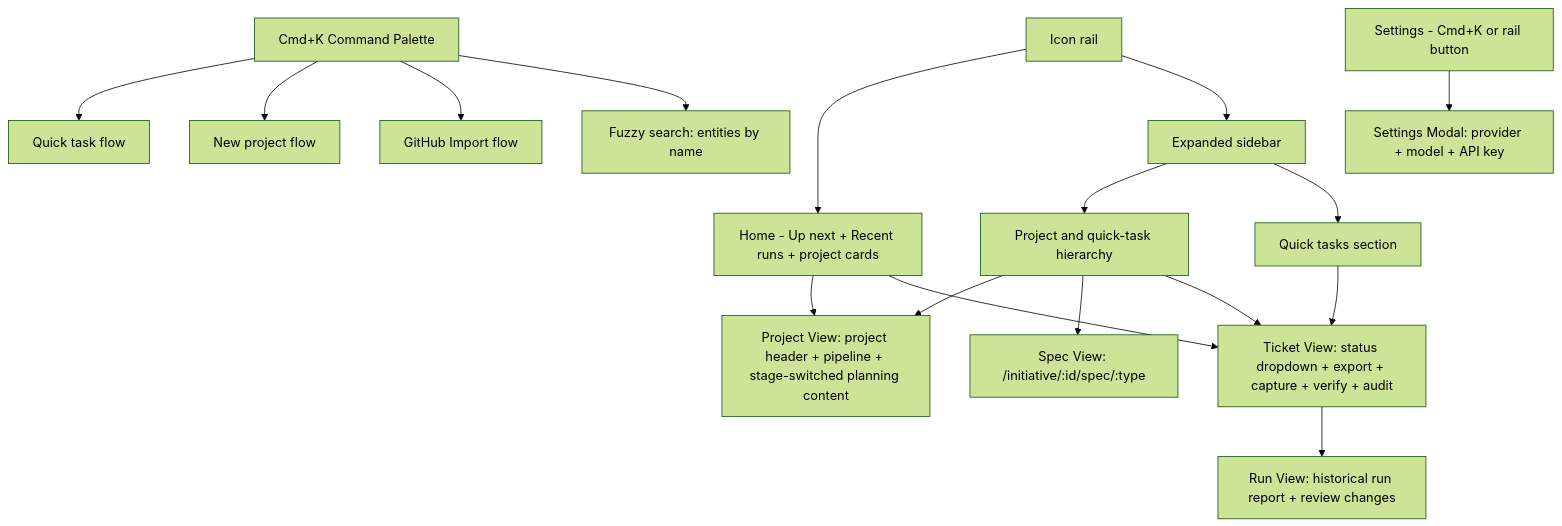
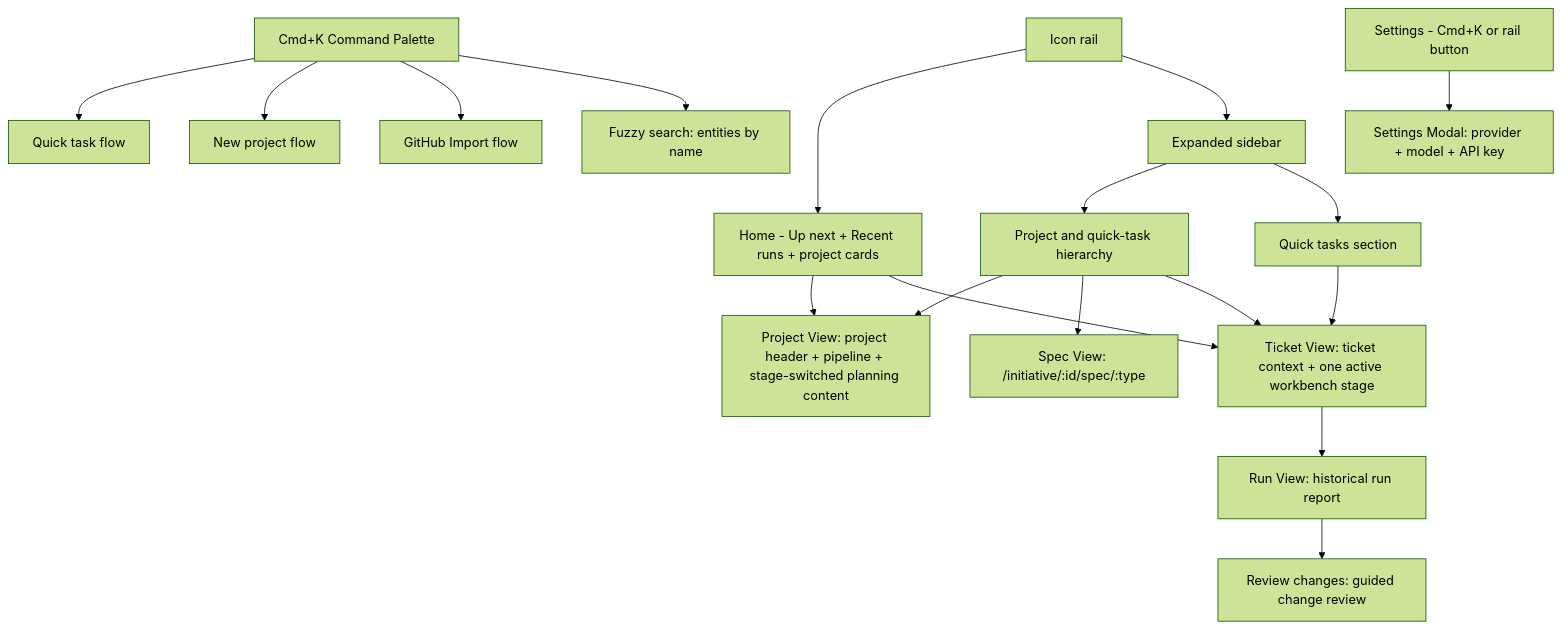
The second of 2 diagrams in docs/workflows.md (mtmitchel/SpecFlow), drawn with Mermaid (forest theme) before and after one commit. The commit also changed other lines of this file and 97 other files, not shown here.

````diff
--- a/docs/workflows.md
+++ b/docs/workflows.md
@@ -157,21 +155,22 @@
 ```mermaid
 graph TD
     Rail[Icon rail] --> Home[Home - Up next + Recent runs + project cards]
     Rail --> Sidebar[Expanded sidebar]
     Sidebar --> Projects[Project and quick-task hierarchy]
     Sidebar --> QuickTasks[Quick tasks section]
     CmdK[Cmd+K Command Palette] --> QT[Quick task flow]
     CmdK --> NI[New project flow]
     CmdK --> GH[GitHub Import flow]
     CmdK --> Search[Fuzzy search: entities by name]
 
     Home --> ProjectView[Project View: project header + pipeline + stage-switched planning content]
     Projects --> ProjectView
     Projects --> SpecView[Spec View: /initiative/:id/spec/:type]
     Projects --> TicketView
     Home --> TicketView
-    QuickTasks --> TicketView[Ticket View: status dropdown + export + capture + verify + audit]
-    TicketView --> RunView[Run View: historical run report + review changes]
+    QuickTasks --> TicketView[Ticket View: ticket context + one active workbench stage]
+    TicketView --> RunView[Run View: historical run report]
+    RunView --> RunReview[Review changes: guided change review]
 
     Settings[Settings - Cmd+K or rail button] --> SettingsModal[Settings Modal: provider + model + API key]
 ```
````
